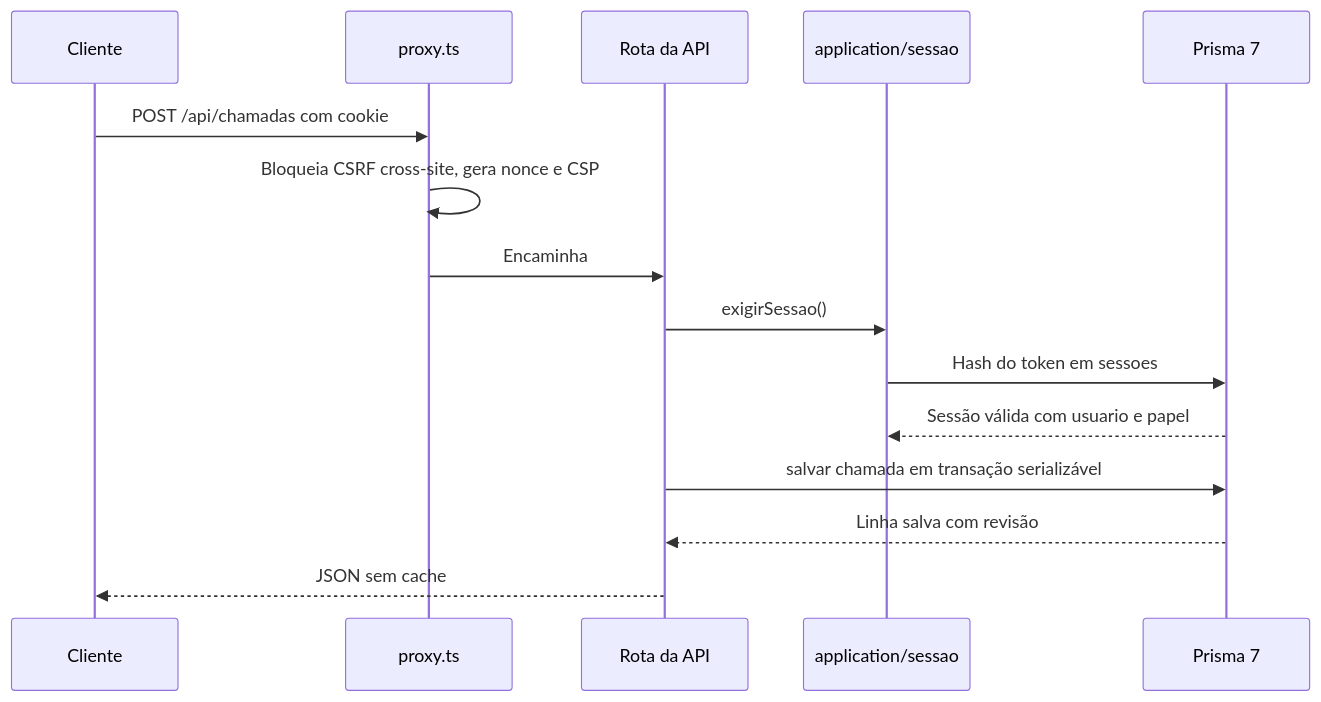
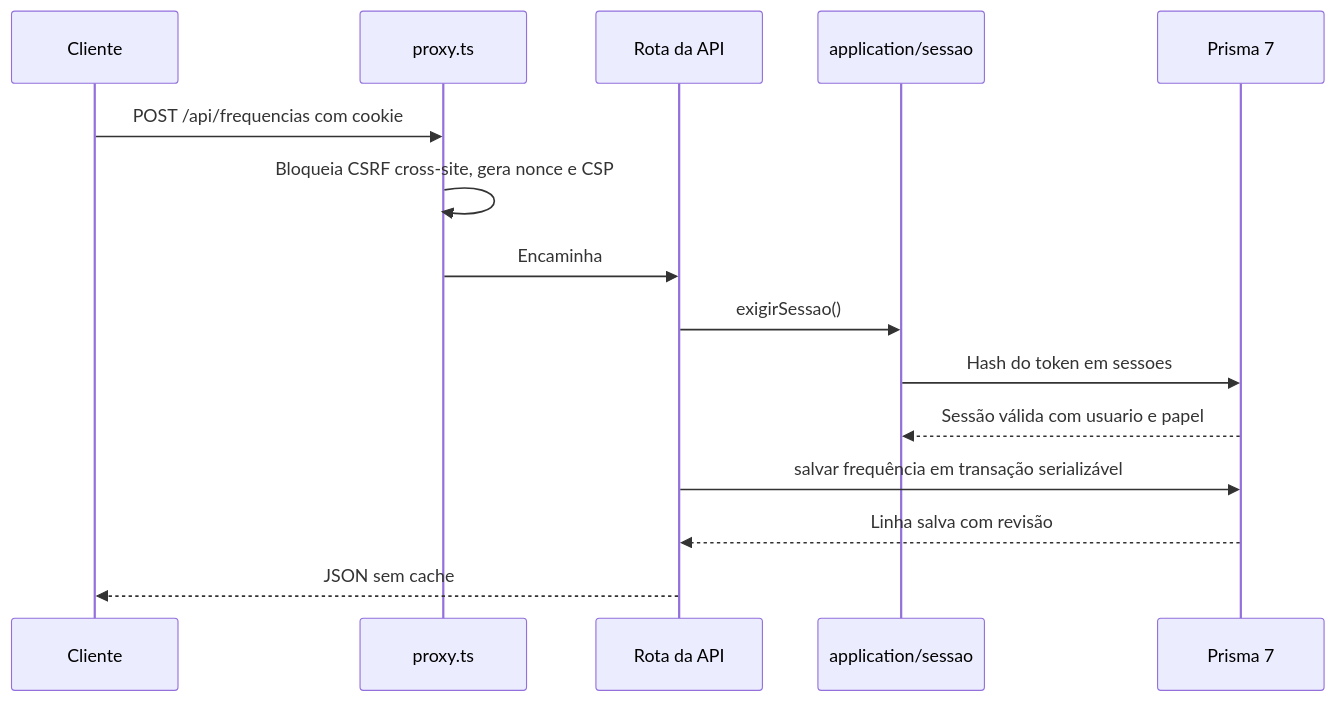
The second of 2 diagrams in docs/arquitetura.md (eemtijca/frequenciapp), drawn with Mermaid before and after one commit. The commit also changed other lines of this file and 24 other files, not shown here.

````diff
--- a/docs/arquitetura.md
+++ b/docs/arquitetura.md
@@ -30,17 +30,17 @@
 ```mermaid
 sequenceDiagram
   participant C as Cliente
   participant X as proxy.ts
   participant R as Rota da API
   participant U as application/sessao
   participant B as Prisma 7
-  C->>X: POST /api/chamadas com cookie
+  C->>X: POST /api/frequencias com cookie
   X->>X: Bloqueia CSRF cross-site, gera nonce e CSP
   X->>R: Encaminha
   R->>U: exigirSessao()
   U->>B: Hash do token em sessoes
   B-->>U: Sessão válida com usuario e papel
-  R->>B: salvar chamada em transação serializável
+  R->>B: salvar frequência em transação serializável
   B-->>R: Linha salva com revisão
   R-->>C: JSON sem cache
 ```
````
